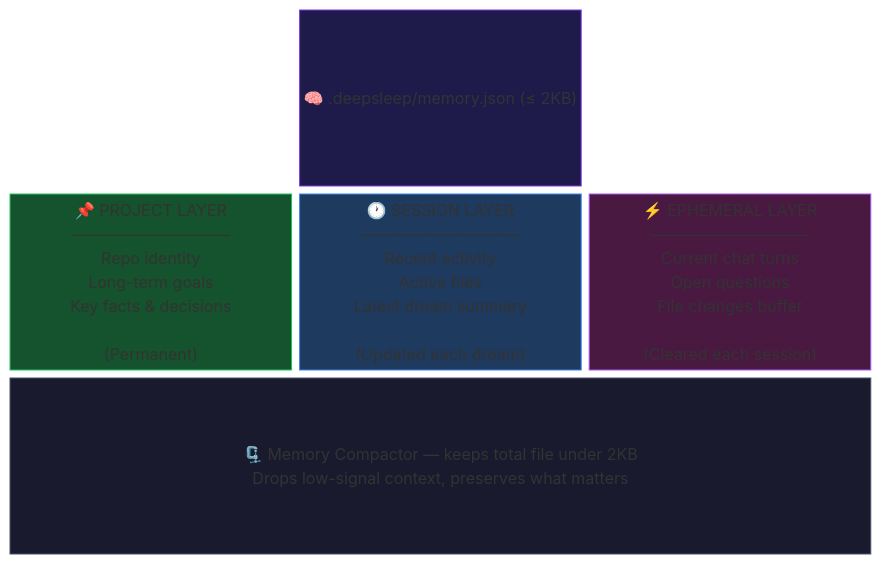
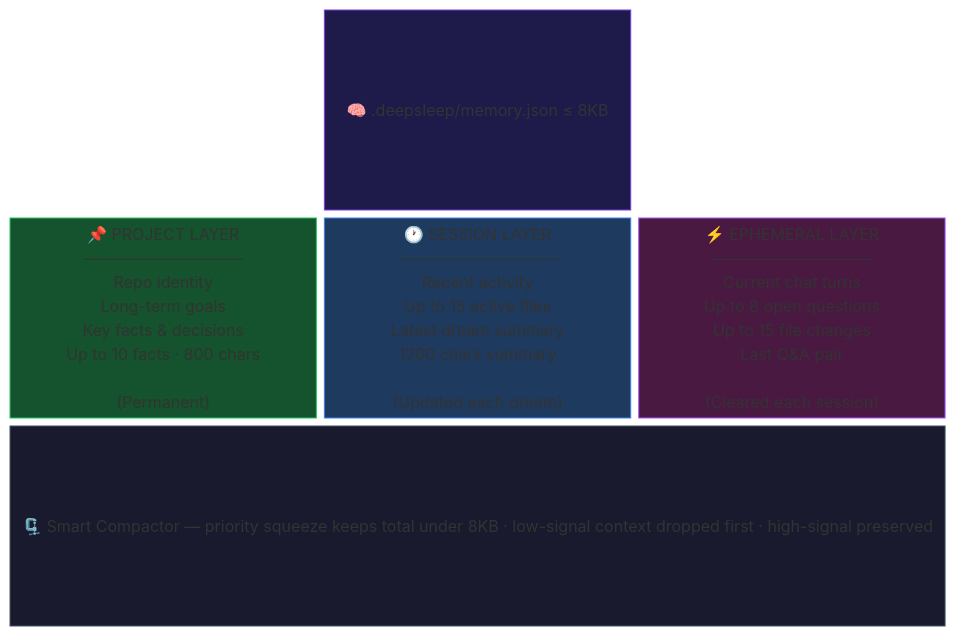
Before and after one commit to Keshavsharma-code/DeepSleep-beta: the third of 6 diagrams in README.md, drawn with Mermaid. The commit also changed other lines of this file and 8 other files, not shown here.

````diff
--- a/README.md
+++ b/README.md
@@ -80,20 +133,20 @@
 ```mermaid
 block-beta
   columns 3
 
   space:1
-  title["🧠 .deepsleep/memory.json (≤ 2KB)"]:1
+  title["🧠 .deepsleep/memory.json  ≤ 8KB"]:1
   space:1
 
-  project["📌 PROJECT LAYER\n──────────────\nRepo identity\nLong-term goals\nKey facts & decisions\n\n(Permanent)"]
-  session["🕐 SESSION LAYER\n──────────────\nRecent activity\nActive files\nLatest dream summary\n\n(Updated each dream)"]
-  ephemeral["⚡ EPHEMERAL LAYER\n──────────────\nCurrent chat turns\nOpen questions\nFile changes buffer\n\n(Cleared each session)"]
+  project["📌 PROJECT LAYER\n──────────────\nRepo identity\nLong-term goals\nKey facts & decisions\nUp to 10 facts · 800 chars\n\n(Permanent)"]
+  session["🕐 SESSION LAYER\n──────────────\nRecent activity\nUp to 15 active files\nLatest dream summary\n1200 chars summary\n\n(Updated each dream)"]
+  ephemeral["⚡ EPHEMERAL LAYER\n──────────────\nCurrent chat turns\nUp to 8 open questions\nUp to 15 file changes\nLast Q&A pair\n\n(Cleared each session)"]
 
-  compact["🗜️ Memory Compactor — keeps total file under 2KB\nDrops low-signal context, preserves what matters"]:3
+  compact["🗜️ Smart Compactor — priority squeeze keeps total under 8KB · low-signal context dropped first · high-signal preserved"]:3
 
   style title fill:#1e1b4b,color:#c4b5fd,stroke:#7c3aed
   style project fill:#14532d,color:#86efac,stroke:#22c55e
   style session fill:#1e3a5f,color:#93c5fd,stroke:#3b82f6
   style ephemeral fill:#4a1942,color:#f0abfc,stroke:#a855f7
   style compact fill:#1a1a2e,color:#94a3b8,stroke:#475569
 ```
````
